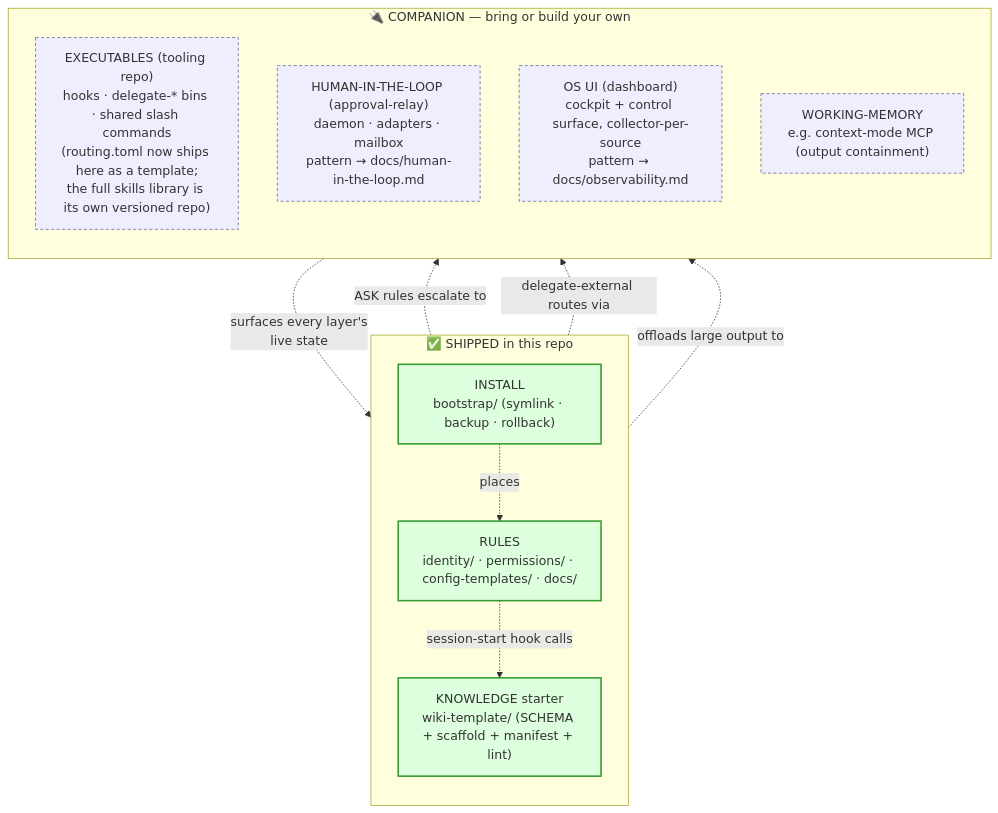
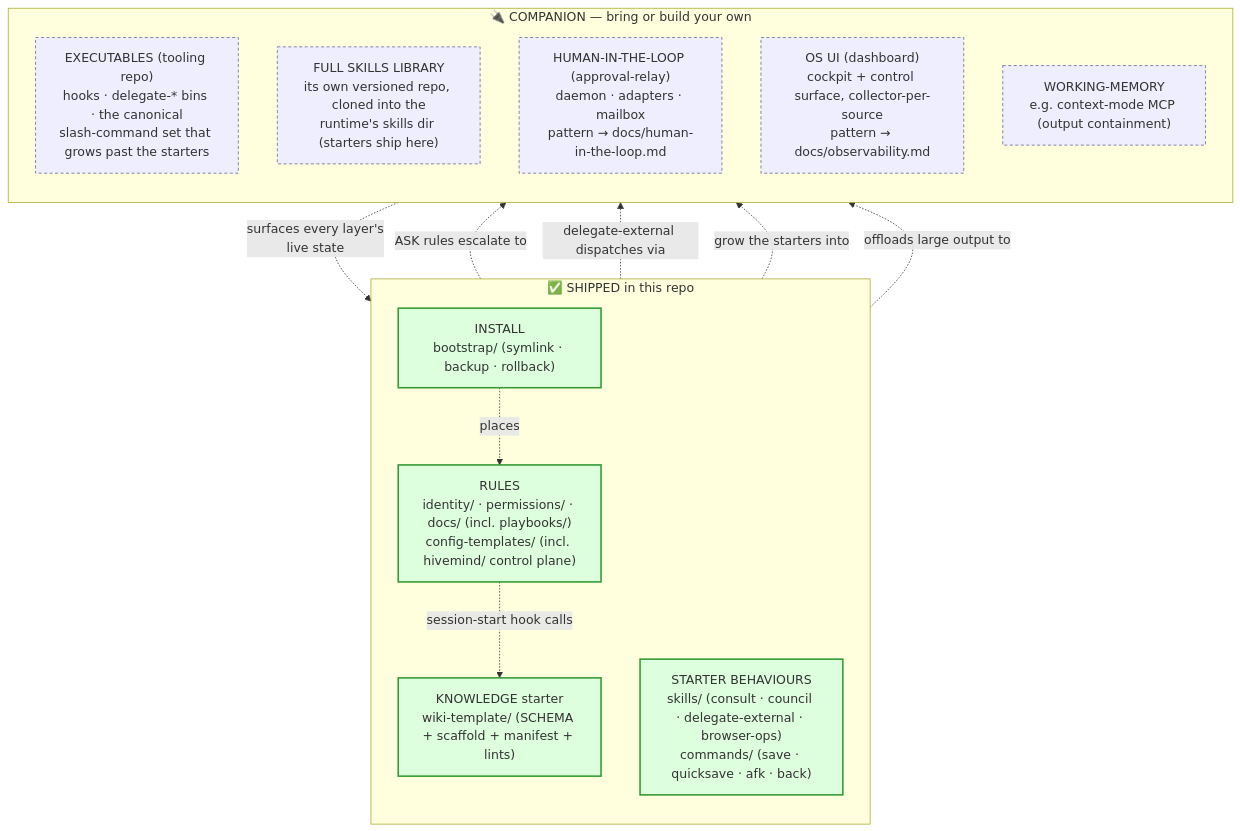
Before and after one commit to FRBio-maker/hive-mind-os: the first of 3 diagrams in docs/REPO-MAP.md, drawn with Mermaid. The commit also changed other lines of this file and 1 other file, not shown here.

First line of the commit message:
docs: audit all 11 mermaid diagrams against current doctrine; fix 2 that never rendered

````diff
--- a/docs/REPO-MAP.md
+++ b/docs/REPO-MAP.md
@@ -113,29 +115,32 @@
 ```mermaid
 flowchart TB
     subgraph SHIP["✅ SHIPPED in this repo"]
         direction TB
-        R["RULES<br/>identity/ · permissions/ · config-templates/ · docs/"]
-        K["KNOWLEDGE starter<br/>wiki-template/ (SCHEMA + scaffold + manifest + lint)"]
+        R["RULES<br/>identity/ · permissions/ · docs/ (incl. playbooks/)<br/>config-templates/ (incl. hivemind/ control plane)"]
+        S["STARTER BEHAVIOURS<br/>skills/ (consult · council · delegate-external · browser-ops)<br/>commands/ (save · quicksave · afk · back)"]
+        K["KNOWLEDGE starter<br/>wiki-template/ (SCHEMA + scaffold + manifest + lints)"]
         I["INSTALL<br/>bootstrap/ (symlink · backup · rollback)"]
     end
 
     subgraph BYO["🔌 COMPANION — bring or build your own"]
         direction TB
-        T["EXECUTABLES (tooling repo)<br/>hooks · delegate-* bins · shared slash commands<br/>(routing.toml now ships here as a template;<br/>the full skills library is its own versioned repo)"]
+        T["EXECUTABLES (tooling repo)<br/>hooks · delegate-* bins · the canonical<br/>slash-command set that grows past the starters"]
+        L["FULL SKILLS LIBRARY<br/>its own versioned repo, cloned into the<br/>runtime's skills dir (starters ship here)"]
         H["HUMAN-IN-THE-LOOP (approval-relay)<br/>daemon · adapters · mailbox<br/>pattern → docs/human-in-the-loop.md"]
         O["OS UI (dashboard)<br/>cockpit + control surface, collector-per-source<br/>pattern → docs/observability.md"]
         C["WORKING-MEMORY<br/>e.g. context-mode MCP (output containment)"]
     end
 
     R -. "session-start hook calls" .-> K
     I -. "places" .-> R
     R -. "ASK rules escalate to" .-> H
-    R -. "delegate-external routes via" .-> T
+    S -. "delegate-external dispatches via" .-> T
+    S -. "grow the starters into" .-> L
     O -. "surfaces every layer's<br/>live state" .-> R
     R -. "offloads large output to" .-> C
 
     classDef ship fill:#dfd,stroke:#393,stroke-width:2px
     classDef byo fill:#eef,stroke:#669,stroke-dasharray:4 3
-    class R,K,I ship
-    class T,H,O,C byo
+    class R,S,K,I ship
+    class T,L,H,O,C byo
 ```
````
